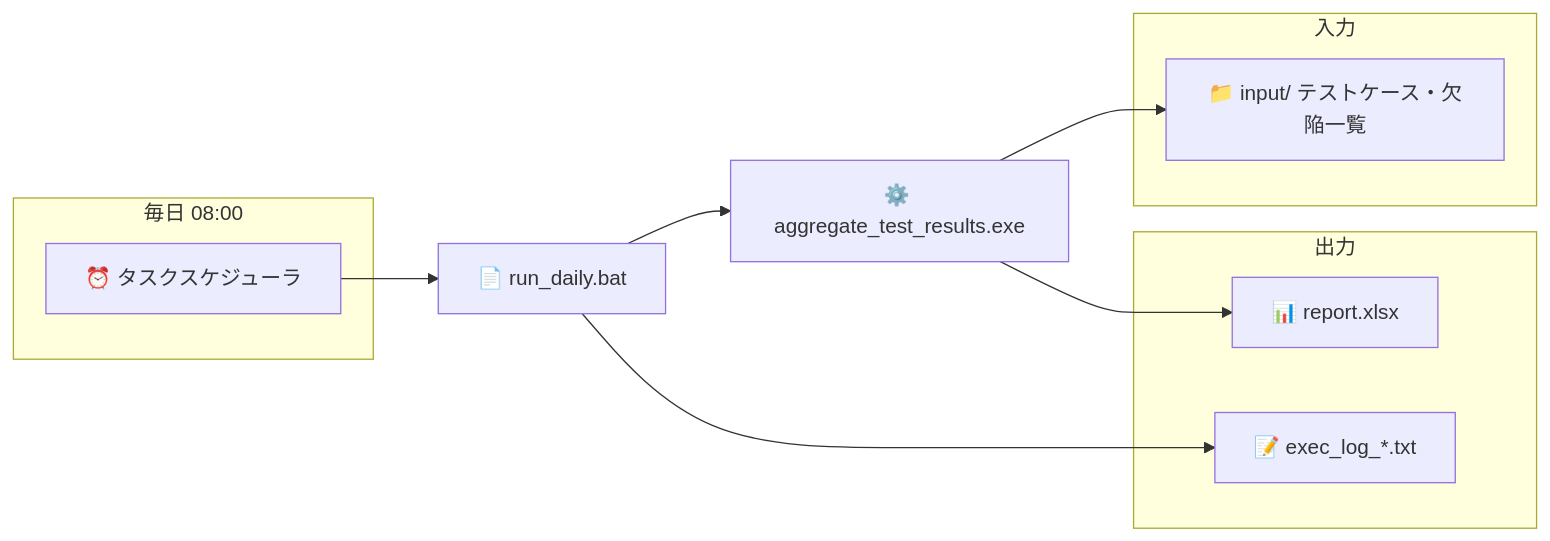
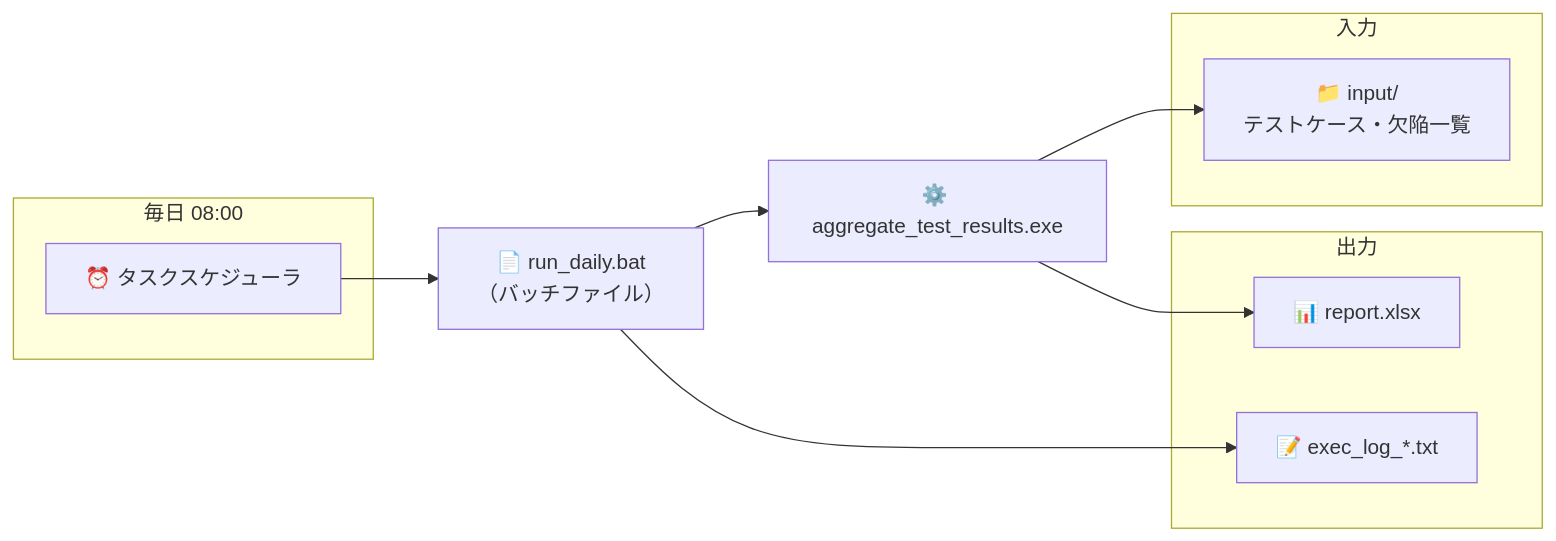
The first of 3 diagrams in docs/定期実行設定ガイド.md (makio-dev/test-progress-collector), drawn with Mermaid before and after one commit. The commit also changed other lines of this file and 2 other files, not shown here.

First line of the commit message:
ドキュメント修正: Mermaidの改行を <br/> に変更

````diff
--- a/docs/定期実行設定ガイド.md
+++ b/docs/定期実行設定ガイド.md
@@ -23,20 +23,20 @@
 ```mermaid
 flowchart LR
     subgraph 毎日 08:00
         TS["⏰ タスクスケジューラ"]
     end
-    TS --> BAT["📄 run_daily.bat"]
+    TS --> BAT["📄 run_daily.bat<br/>（バッチファイル）"]
     BAT --> EXE["⚙️ aggregate_test_results.exe"]
 
     subgraph 入力
-        IN["📁 input/ テストケース・欠陥一覧"]
+        IN["📁 input/<br/>テストケース・欠陥一覧"]
     end
     subgraph 出力
         REP["📊 report.xlsx"]
         LOG["📝 exec_log_*.txt"]
     end
 
     EXE --> IN
     EXE --> REP
     BAT --> LOG
 ```
````
